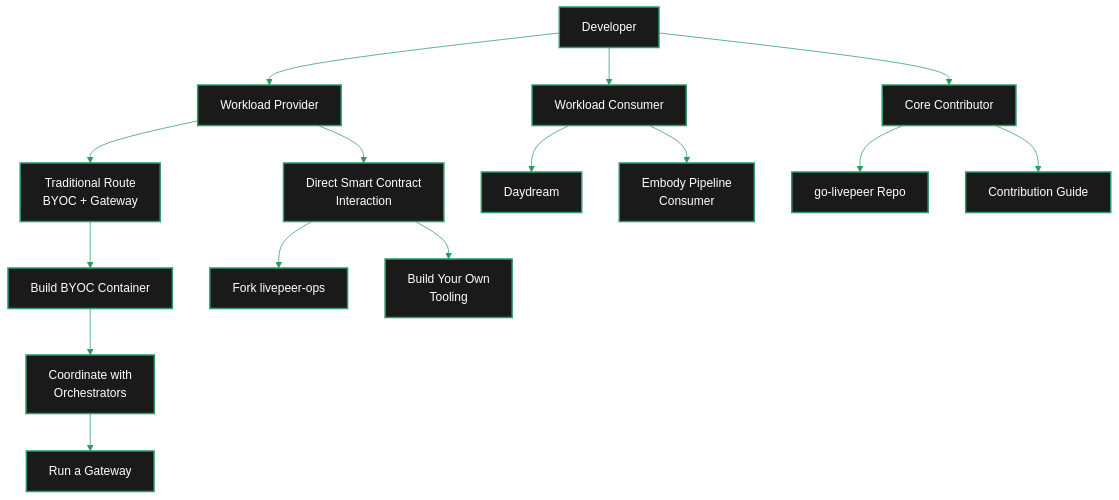
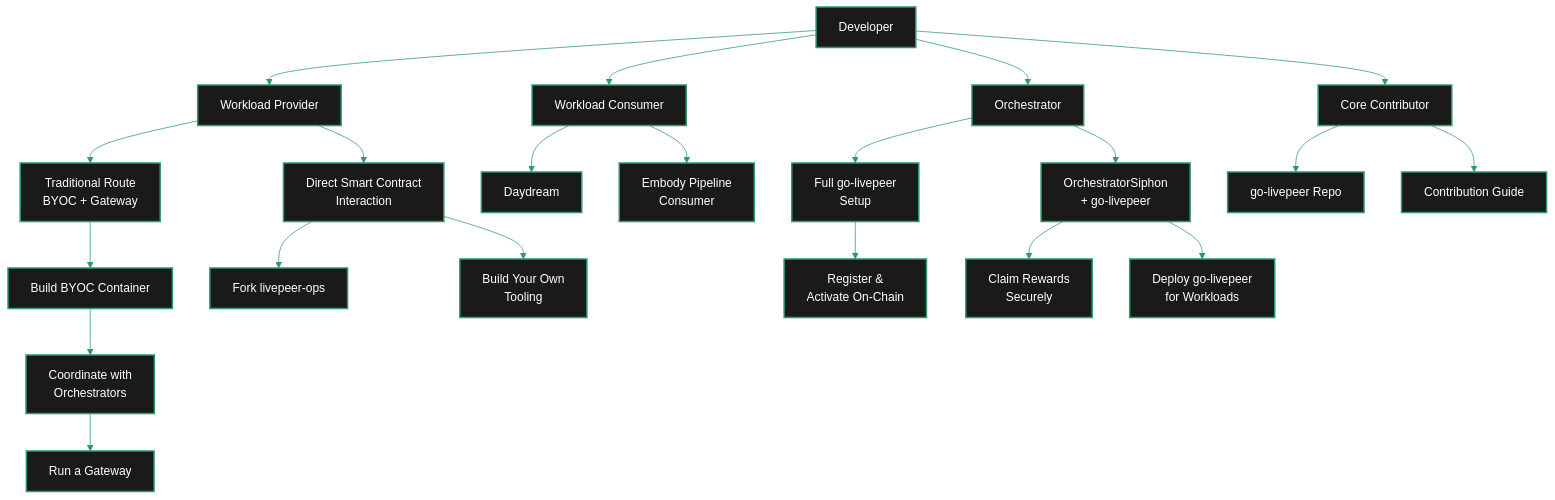
One commit to its-DeFine/docs changed the diagram in v2/developers/developer-journey.mdx. Above: the diagram before and after it, drawn with Mermaid. The commit also changed other lines of this file, not shown here.

First line of the commit message:
Add Orchestrator as Path 3 in developer journey

````diff
--- a/v2/developers/developer-journey.mdx
+++ b/v2/developers/developer-journey.mdx
@@ -27,25 +30,33 @@
 ```mermaid
 %%{init: {'theme': 'base', 'themeVariables': { 'primaryColor': '#1a1a1a', 'primaryTextColor': '#fff', 'primaryBorderColor': '#2d9a67', 'lineColor': '#2d9a67', 'secondaryColor': '#0d0d0d', 'tertiaryColor': '#1a1a1a', 'background': '#0d0d0d', 'fontFamily': 'system-ui', 'clusterBkg': 'rgba(255,255,255,0.05)', 'clusterBorder': '#2d9a67' }}}%%
 flowchart TD
     classDef default stroke-width:2px
 
     Start["Developer"] --> WP["Workload Provider"]
     Start --> WC["Workload Consumer"]
+    Start --> ORCH["Orchestrator"]
     Start --> CC["Core Contributor"]
 
     WP --> TR["Traditional Route<br/>BYOC + Gateway"]
     WP --> SC["Direct Smart Contract<br/>Interaction"]
 
     TR --> BYOC["Build BYOC Container"]
     BYOC --> COORD["Coordinate with<br/>Orchestrators"]
     COORD --> GW["Run a Gateway"]
 
     SC --> OPS["Fork livepeer-ops"]
     SC --> CUSTOM["Build Your Own<br/>Tooling"]
 
     WC --> DD["Daydream"]
     WC --> EP["Embody Pipeline<br/>Consumer"]
 
+    ORCH --> FULL["Full go-livepeer<br/>Setup"]
+    ORCH --> SIPHON["OrchestratorSiphon<br/>+ go-livepeer"]
+
+    FULL --> ACTIVATE["Register &<br/>Activate On-Chain"]
+    SIPHON --> REWARDS["Claim Rewards<br/>Securely"]
+    SIPHON --> DEPLOY_GL["Deploy go-livepeer<br/>for Workloads"]
+
     CC --> REPO["go-livepeer Repo"]
     CC --> CG["Contribution Guide"]
 ```
````
